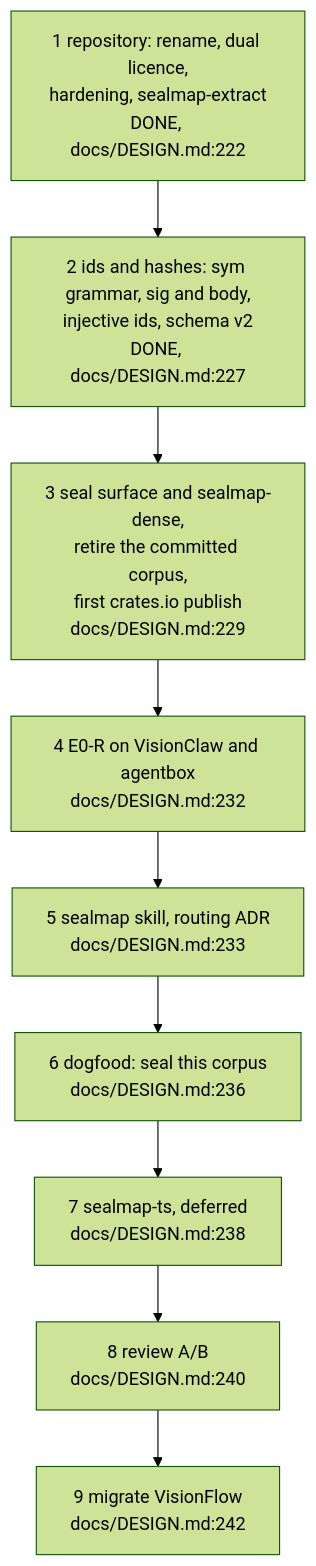
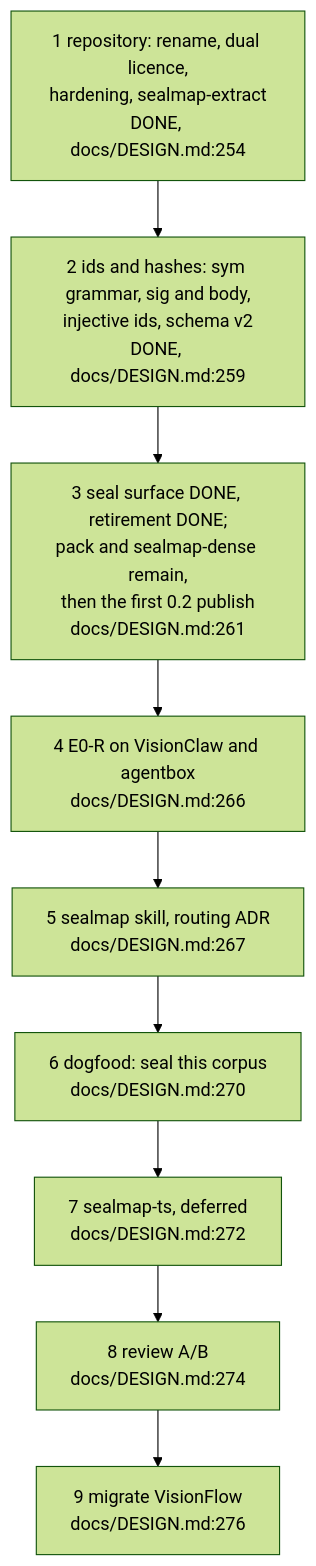
The second of 6 diagrams in docs/diagrams/delivery/02-design-versus-code.md (DreamLab-AI/codemaid), drawn with Mermaid (forest theme) before and after one commit. The commit also changed other lines of this file and 22 other files, not shown here.

First line of the commit message:
docs(diagrams): COR-04 and COR-05 for the seal surface; re-stamp every topic at ae478d9

````diff
--- a/docs/diagrams/delivery/02-design-versus-code.md
+++ b/docs/diagrams/delivery/02-design-versus-code.md
@@ -98,13 +94,13 @@
 ```mermaid
 flowchart TB
-    S1["1 repository: rename, dual licence,<br/>hardening, sealmap-extract<br/>DONE, docs/DESIGN.md:222"]
-    S2["2 ids and hashes: sym grammar, sig and body,<br/>injective ids, schema v2<br/>DONE, docs/DESIGN.md:227"]
-    S3["3 seal surface and sealmap-dense,<br/>retire the committed corpus,<br/>first crates.io publish<br/>docs/DESIGN.md:229"]
-    S4["4 E0-R on VisionClaw and agentbox<br/>docs/DESIGN.md:232"]
-    S5["5 sealmap skill, routing ADR<br/>docs/DESIGN.md:233"]
-    S6["6 dogfood: seal this corpus<br/>docs/DESIGN.md:236"]
-    S7["7 sealmap-ts, deferred<br/>docs/DESIGN.md:238"]
-    S8["8 review A/B<br/>docs/DESIGN.md:240"]
-    S9["9 migrate VisionFlow<br/>docs/DESIGN.md:242"]
+    S1["1 repository: rename, dual licence,<br/>hardening, sealmap-extract<br/>DONE, docs/DESIGN.md:254"]
+    S2["2 ids and hashes: sym grammar, sig and body,<br/>injective ids, schema v2<br/>DONE, docs/DESIGN.md:259"]
+    S3["3 seal surface DONE, retirement DONE;<br/>pack and sealmap-dense remain,<br/>then the first 0.2 publish<br/>docs/DESIGN.md:261"]
+    S4["4 E0-R on VisionClaw and agentbox<br/>docs/DESIGN.md:266"]
+    S5["5 sealmap skill, routing ADR<br/>docs/DESIGN.md:267"]
+    S6["6 dogfood: seal this corpus<br/>docs/DESIGN.md:270"]
+    S7["7 sealmap-ts, deferred<br/>docs/DESIGN.md:272"]
+    S8["8 review A/B<br/>docs/DESIGN.md:274"]
+    S9["9 migrate VisionFlow<br/>docs/DESIGN.md:276"]
     S1 --> S2 --> S3 --> S4 --> S5 --> S6 --> S7 --> S8 --> S9
 ```
````
